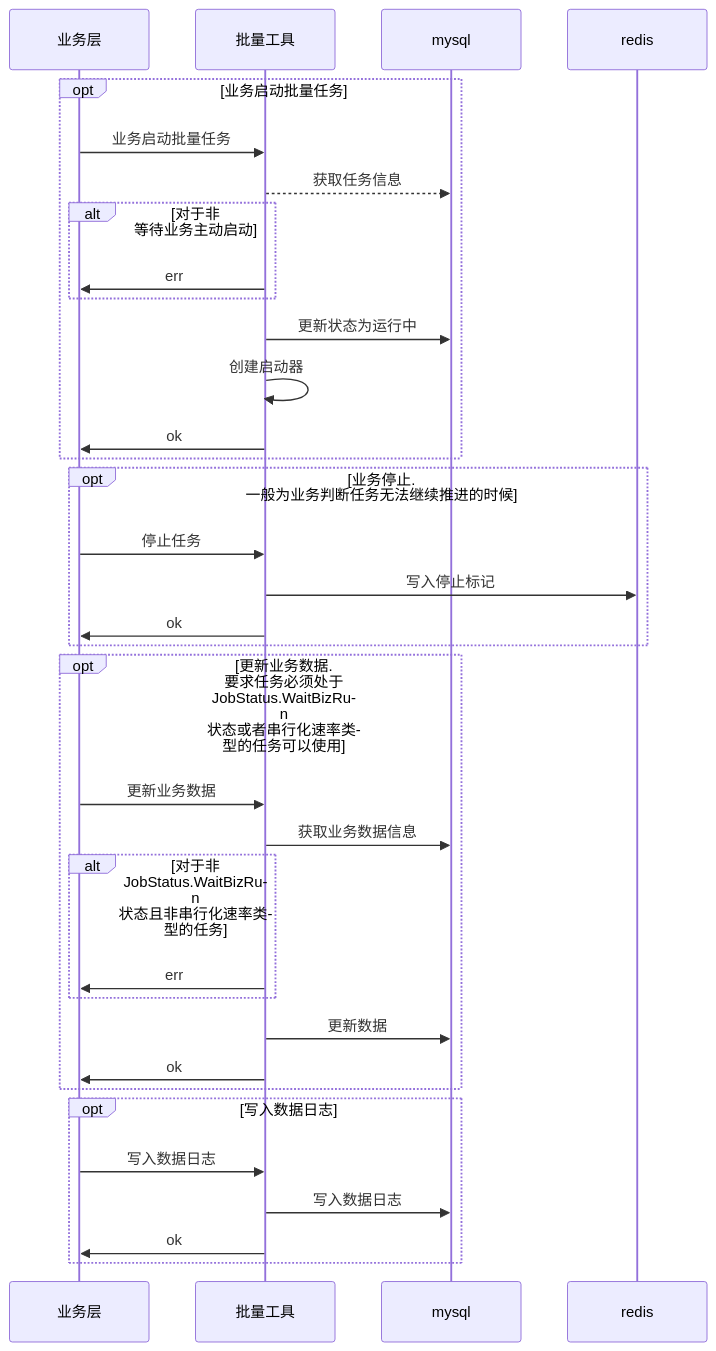
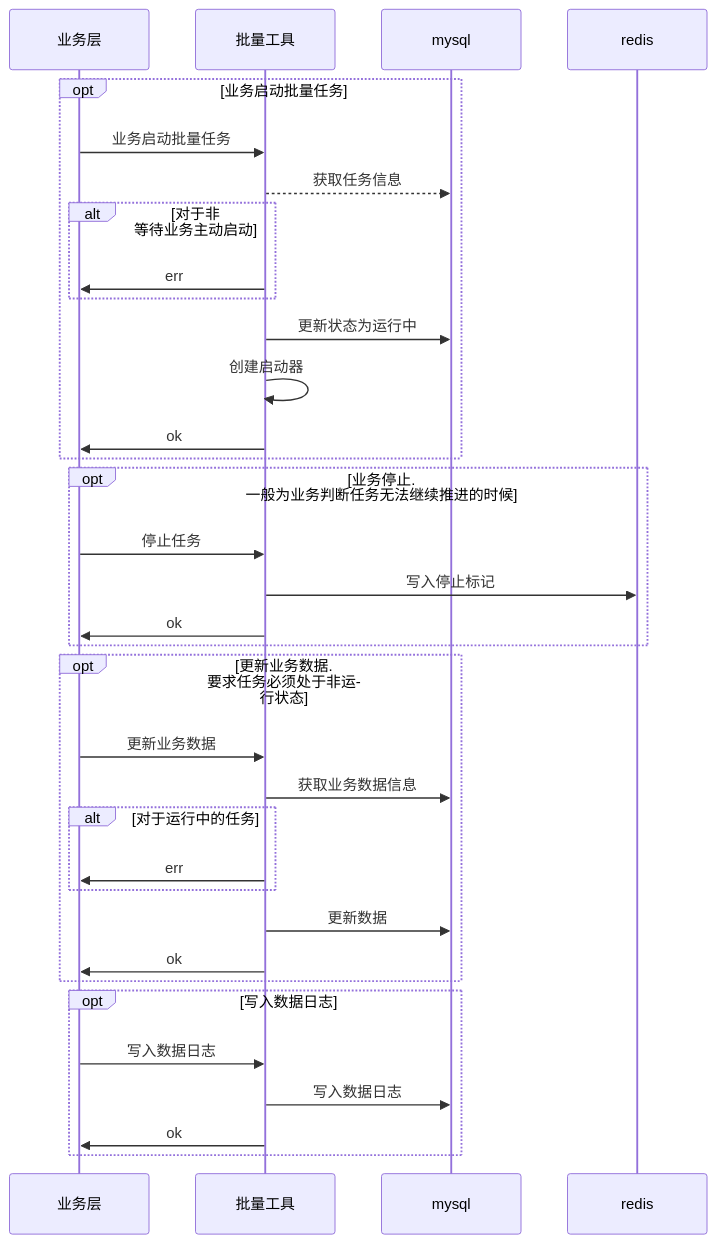
Before and after one commit to zlyuancn/batch_job: the second of 5 diagrams in readme.md, drawn with Mermaid. The commit also changed 15 other files, not shown here.

````diff
--- a/readme.md
+++ b/readme.md
@@ -83,42 +83,42 @@
 ```mermaid
 sequenceDiagram
 participant f as 业务层
 participant b as 批量工具
 participant d as mysql
 participant e as redis
 
 opt 业务启动批量任务
 f ->> b: 业务启动批量任务
 b -->> d: 获取任务信息
 alt 对于非 等待业务主动启动
   b ->> f: err
 end
 
 b ->> d: 更新状态为运行中
 b ->> b: 创建启动器
 
 b ->> f: ok
 end
 
 opt 业务停止. 一般为业务判断任务无法继续推进的时候
   f ->> b: 停止任务
   b ->> e: 写入停止标记
   b ->> f: ok
 end
 
-opt 更新业务数据. 要求任务必须处于 JobStatus.WaitBizRun 状态或者串行化速率类型的任务可以使用
+opt 更新业务数据. 要求任务必须处于非运行状态
   f ->> b: 更新业务数据
   b ->> d: 获取业务数据信息
-  alt 对于非 JobStatus.WaitBizRun 状态且非串行化速率类型的任务
+  alt 对于运行中的任务
     b ->> f: err
   end
   b ->> d: 更新数据
   b ->> f: ok
 end
 
 opt 写入数据日志
   f ->> b: 写入数据日志
   b ->> d: 写入数据日志
   b ->> f: ok
 end
 ```
````
